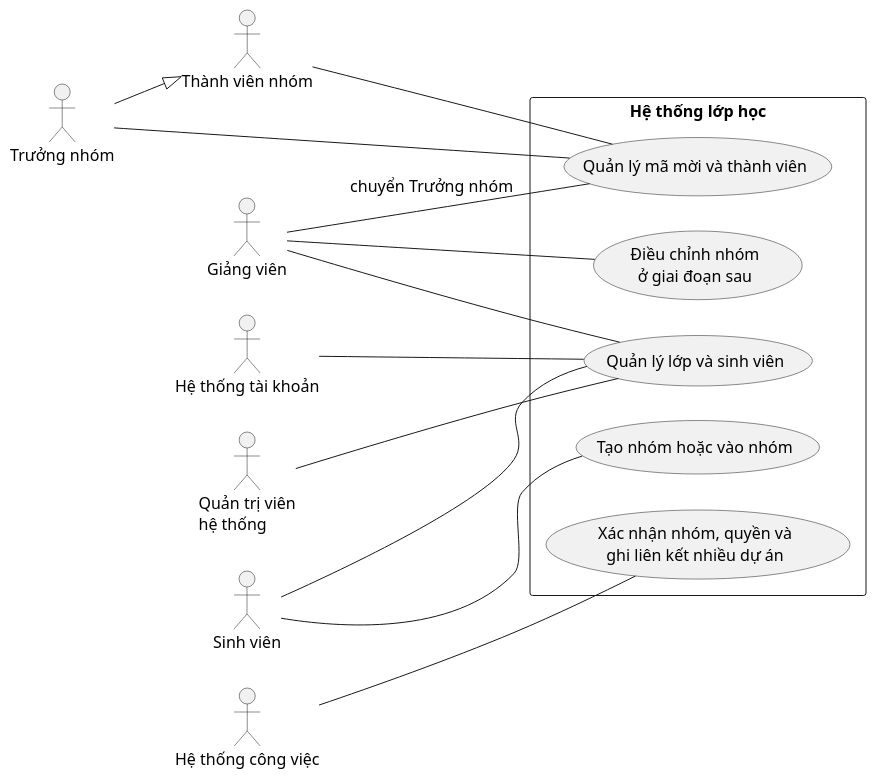
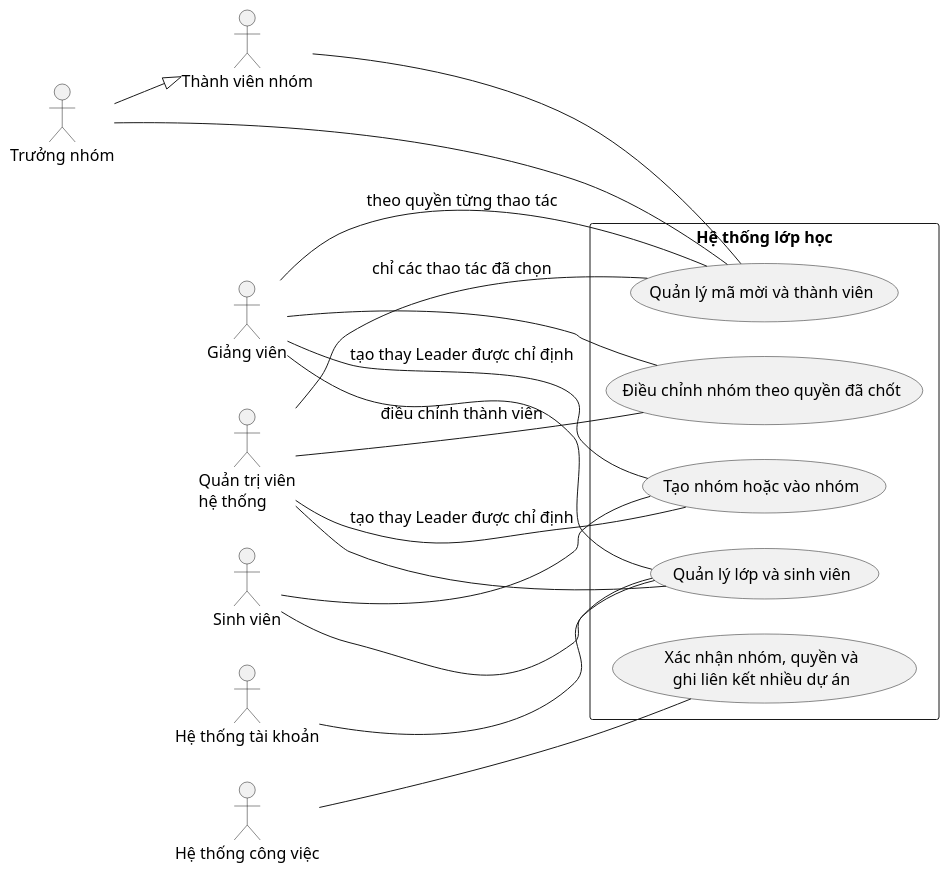
Before and after one commit to TriNguyenThanh/UTask: the first of 4 diagrams in docs/diagram/classroom-service/usecase.md, drawn with PlantUML. The commit also changed other lines of this file and 4 other files, not shown here.

````diff
--- a/docs/diagram/classroom-service/usecase.md
+++ b/docs/diagram/classroom-service/usecase.md
@@ -43,34 +43,38 @@
 ```plantuml
 @startuml
 left to right direction
 skinparam monochrome true
 skinparam shadowing false
 skinparam defaultFontName Arial, sans-serif
 skinparam defaultFontSize 16
 actor "Sinh viên" as SV
 actor "Thành viên nhóm" as TV
 actor "Trưởng nhóm" as TN
 actor "Giảng viên" as GV
 actor "Quản trị viên\nhệ thống" as QT
 actor "Hệ thống tài khoản" as ID
 actor "Hệ thống công việc" as WORK
 TN --|> TV
 rectangle "Hệ thống lớp học" {
   usecase "Quản lý lớp và sinh viên" as LOP
   usecase "Tạo nhóm hoặc vào nhóm" as LAPNHOM
   usecase "Quản lý mã mời và thành viên" as THANHVIEN
-  usecase "Điều chỉnh nhóm\nở giai đoạn sau" as NGOAILE
+  usecase "Điều chỉnh nhóm theo quyền đã chốt" as NGOAILE
   usecase "Xác nhận nhóm, quyền và\nghi liên kết nhiều dự án" as TICH_HOP
 }
 SV -- LOP
 GV -- LOP
 QT -- LOP
 ID -- LOP
 SV -- LAPNHOM
+GV -- LAPNHOM : tạo thay Leader được chỉ định
+QT -- LAPNHOM : tạo thay Leader được chỉ định
 TV -- THANHVIEN
 TN -- THANHVIEN
-GV -- THANHVIEN : chuyển Trưởng nhóm
+GV -- THANHVIEN : theo quyền từng thao tác
+QT -- THANHVIEN : chỉ các thao tác đã chọn
 GV -- NGOAILE
+QT -- NGOAILE : điều chỉnh thành viên
 WORK -- TICH_HOP
 @enduml
 ```
````
